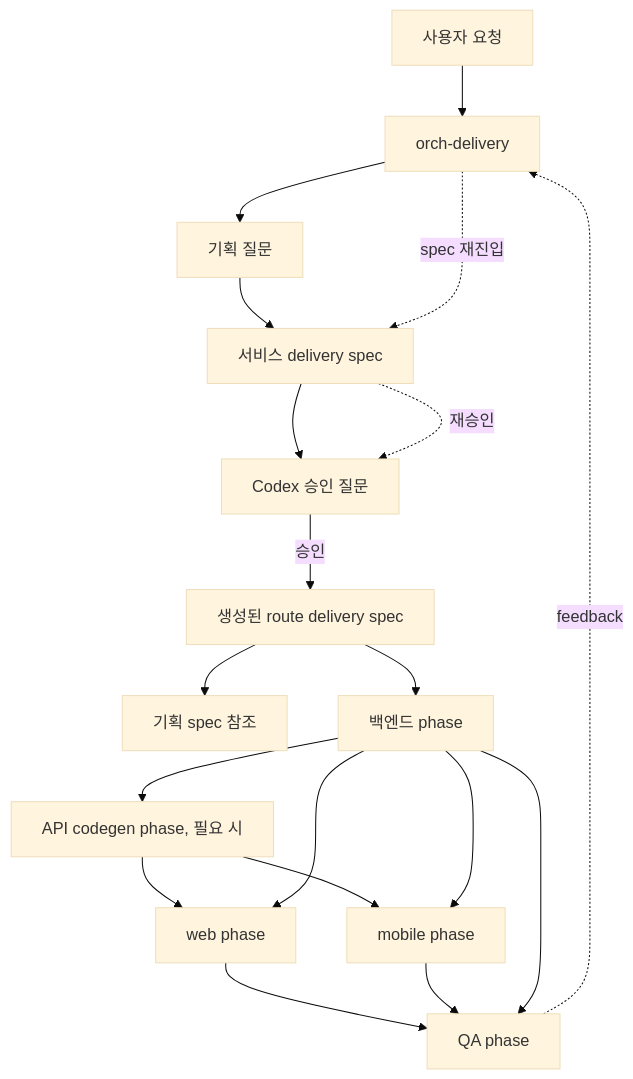
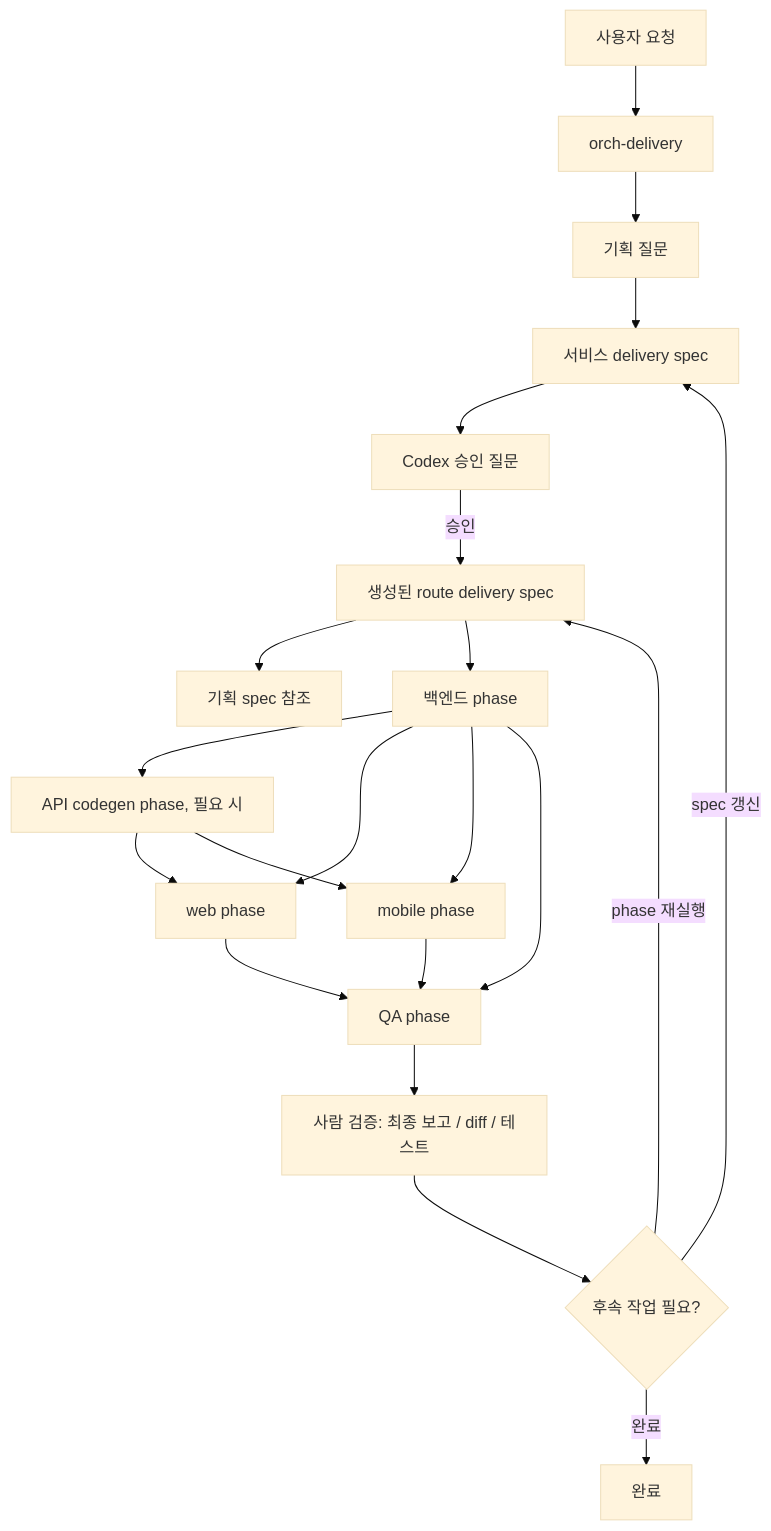
The first of 5 diagrams in docs/orchestration-agent-relationship-flow.md (kimjoongwon/prj-core), drawn with Mermaid (base theme) before and after one commit. The commit also changed other lines of this file and 145 other files, not shown here.

````diff
--- a/docs/orchestration-agent-relationship-flow.md
+++ b/docs/orchestration-agent-relationship-flow.md
@@ -10,22 +10,24 @@
 ```mermaid
 flowchart TD
   Request["사용자 요청"] --> Delivery["orch-delivery"]
   Delivery --> Discovery["기획 질문"]
   Discovery --> ServiceSpec["서비스 delivery spec"]
   ServiceSpec --> Ask["Codex 승인 질문"]
   Ask -->|승인| RouteSpecs["생성된 route delivery spec"]
   RouteSpecs --> Planning["기획 spec 참조"]
   RouteSpecs --> Backend["백엔드 phase"]
   Backend --> Codegen["API codegen phase, 필요 시"]
   Codegen --> Web["web phase"]
   Codegen --> Mobile["mobile phase"]
   Backend --> Web
   Backend --> Mobile
   Web --> QA["QA phase"]
   Mobile --> QA
   Backend --> QA
 
-  QA -. feedback .-> Delivery
-  Delivery -. spec 재진입 .-> ServiceSpec
-  ServiceSpec -. 재승인 .-> Ask
+  QA --> HumanReview["사람 검증: 최종 보고 / diff / 테스트"]
+  HumanReview --> Decision{"후속 작업 필요?"}
+  Decision -->|spec 갱신| ServiceSpec
+  Decision -->|phase 재실행| RouteSpecs
+  Decision -->|완료| Done["완료"]
 ```
````
